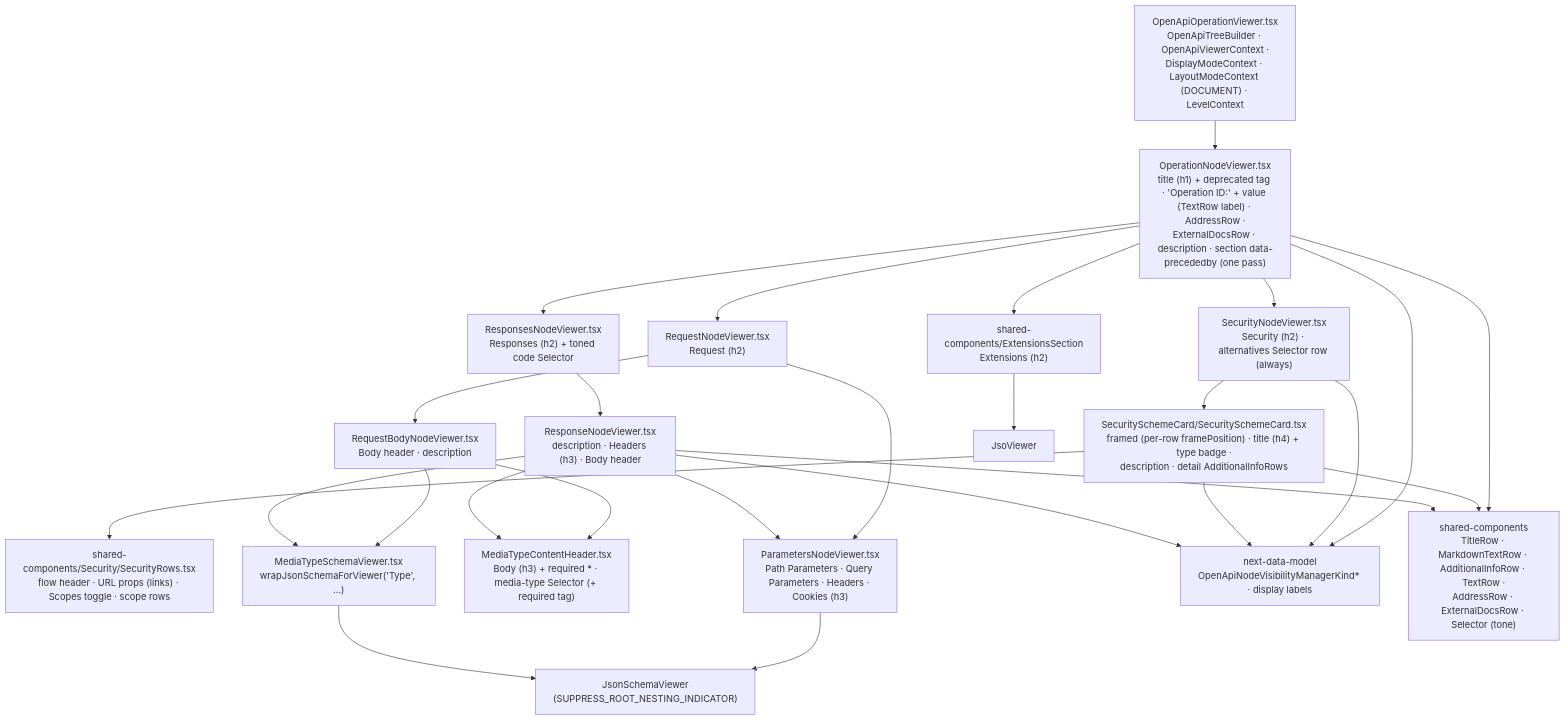
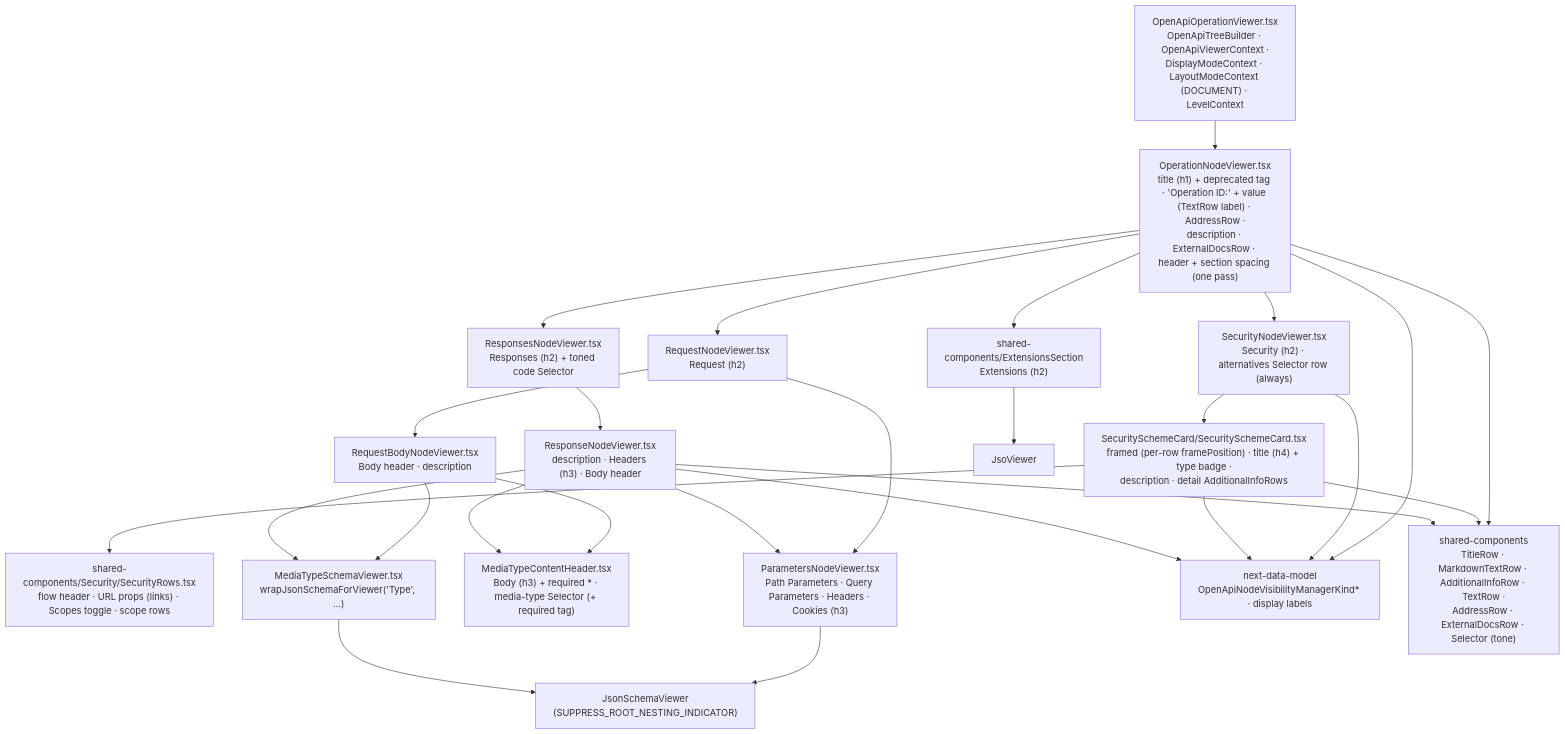
One commit to Netcracker/qubership-apihub-api-doc-viewer changed the diagram in docs/design/openapi/architecture/viewer-plain.md. Above: the diagram before and after it, drawn with Mermaid. The commit also changed 44 other files, not shown here.

````diff
--- a/docs/design/openapi/architecture/viewer-plain.md
+++ b/docs/design/openapi/architecture/viewer-plain.md
@@ -8,46 +8,46 @@
 ```mermaid
 flowchart TB
   Root["OpenApiOperationViewer.tsx<br/>OpenApiTreeBuilder · OpenApiViewerContext ·<br/>DisplayModeContext · LayoutModeContext (DOCUMENT) · LevelContext"]
-  Operation["OperationNodeViewer.tsx<br/>title (h1) + deprecated tag · 'Operation ID:' + value (TextRow label) · AddressRow ·<br/>ExternalDocsRow · description · section data-precededby (one pass)"]
+  Operation["OperationNodeViewer.tsx<br/>title (h1) + deprecated tag · 'Operation ID:' + value (TextRow label) · AddressRow ·<br/>description · ExternalDocsRow · header + section spacing (one pass)"]
   Security["SecurityNodeViewer.tsx<br/>Security (h2) · alternatives Selector row (always)"]
   Card["SecuritySchemeCard/SecuritySchemeCard.tsx<br/>framed (per-row framePosition) · title (h4) + type badge ·<br/>description · detail AdditionalInfoRows"]
   Flow["shared-components/Security/SecurityRows.tsx<br/>flow header · URL props (links) · Scopes toggle · scope rows"]
   Extensions["shared-components/ExtensionsSection<br/>Extensions (h2)"]
   Request["RequestNodeViewer.tsx<br/>Request (h2)"]
   Params["ParametersNodeViewer.tsx<br/>Path Parameters · Query Parameters · Headers · Cookies (h3)"]
   Body["RequestBodyNodeViewer.tsx<br/>Body header · description"]
   BodyHeader["MediaTypeContentHeader.tsx<br/>Body (h3) + required * · media-type Selector (+ required tag)"]
   Responses["ResponsesNodeViewer.tsx<br/>Responses (h2) + toned code Selector"]
   Response["ResponseNodeViewer.tsx<br/>description · Headers (h3) · Body header"]
   MediaSchema["MediaTypeSchemaViewer.tsx<br/>wrapJsonSchemaForViewer('Type', …)"]
   Visibility["next-data-model<br/>OpenApiNodeVisibilityManagerKind* · display labels"]
   JsonSchema["JsonSchemaViewer<br/>(SUPPRESS_ROOT_NESTING_INDICATOR)"]
   Jso["JsoViewer"]
   SharedRows["shared-components<br/>TitleRow · MarkdownTextRow · AdditionalInfoRow · TextRow ·<br/>AddressRow · ExternalDocsRow · Selector (tone)"]
 
   Root --> Operation
   Operation --> Security
   Operation --> Extensions
   Operation --> Request
   Operation --> Responses
   Security --> Card
   Card --> Flow
   Request --> Params
   Request --> Body
   Body --> BodyHeader
   Body --> MediaSchema
   Responses --> Response
   Response --> Params
   Response --> BodyHeader
   Response --> MediaSchema
   Params --> JsonSchema
   MediaSchema --> JsonSchema
   Extensions --> Jso
   Operation --> Visibility
   Security --> Visibility
   Card --> Visibility
   Response --> Visibility
   Operation --> SharedRows
   Card --> SharedRows
   Response --> SharedRows
 ```
````
